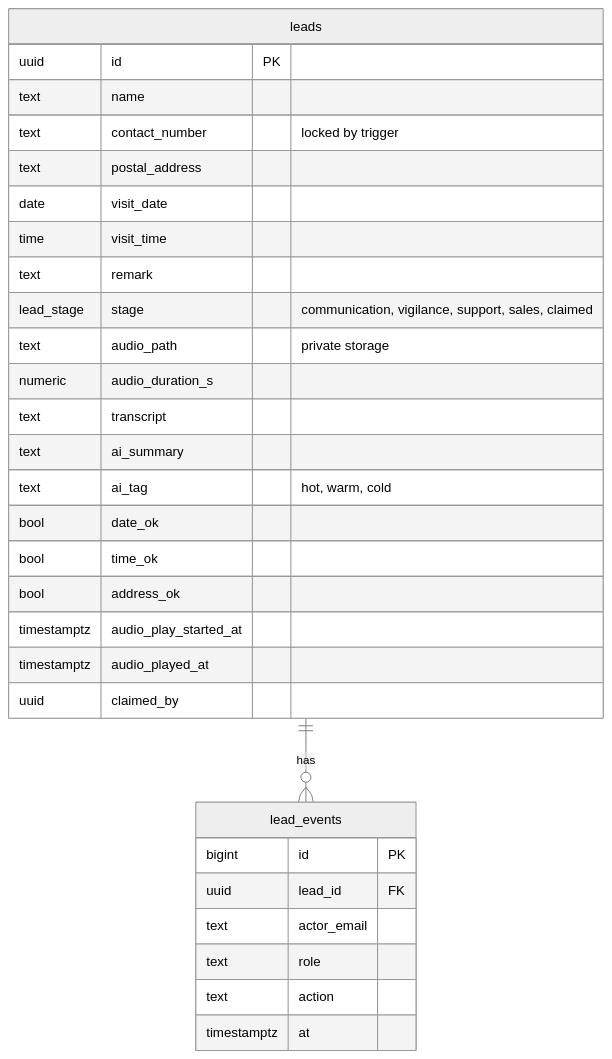
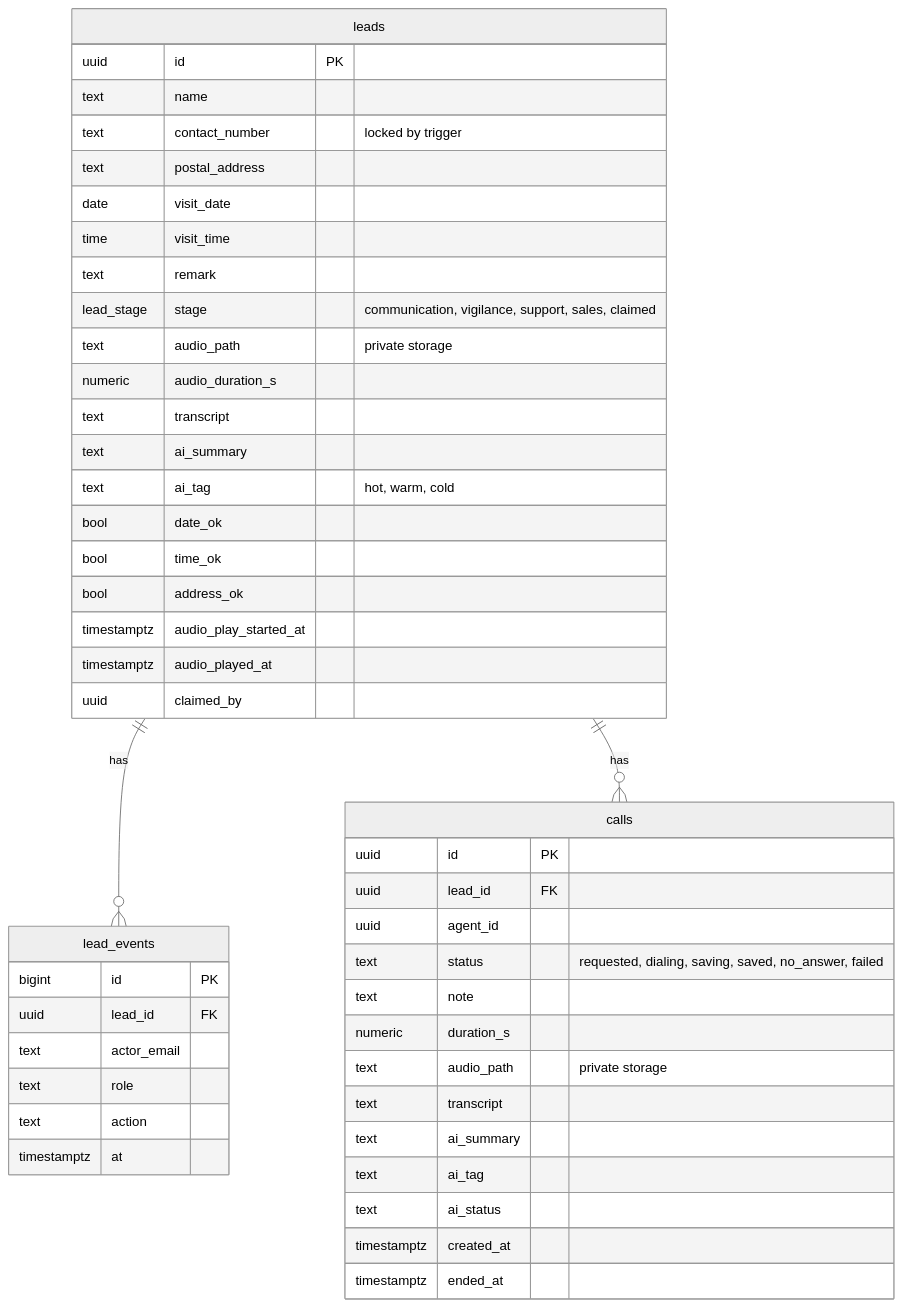
The third of 3 diagrams in README.md (gauravsoodtech/vibhanu-crm), drawn with Mermaid (neutral theme) before and after one commit. The commit also changed other lines of this file and 25 other files, not shown here.

````diff
--- a/README.md
+++ b/README.md
@@ -54,33 +105,49 @@
 ```mermaid
 erDiagram
   leads ||--o{ lead_events : has
+  leads ||--o{ calls : has
   leads {
     uuid id PK
     text name
     text contact_number "locked by trigger"
     text postal_address
     date visit_date
     time visit_time
     text remark
     lead_stage stage "communication, vigilance, support, sales, claimed"
     text audio_path "private storage"
     numeric audio_duration_s
     text transcript
     text ai_summary
     text ai_tag "hot, warm, cold"
     bool date_ok
     bool time_ok
     bool address_ok
     timestamptz audio_play_started_at
     timestamptz audio_played_at
     uuid claimed_by
   }
   lead_events {
     bigint id PK
     uuid lead_id FK
     text actor_email
     text role
     text action
     timestamptz at
   }
+  calls {
+    uuid id PK
+    uuid lead_id FK
+    uuid agent_id
+    text status "requested, dialing, saving, saved, no_answer, failed"
+    text note
+    numeric duration_s
+    text audio_path "private storage"
+    text transcript
+    text ai_summary
+    text ai_tag
+    text ai_status
+    timestamptz created_at
+    timestamptz ended_at
+  }
 ```
````
